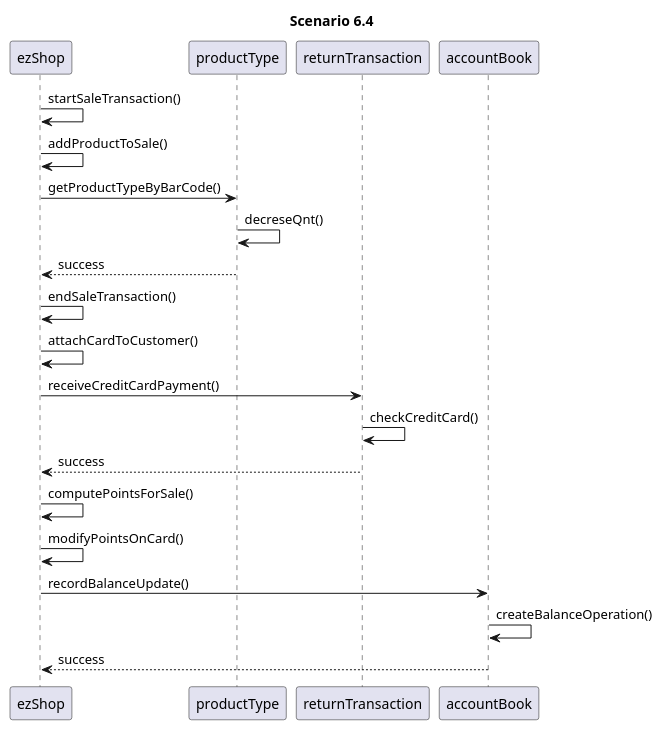
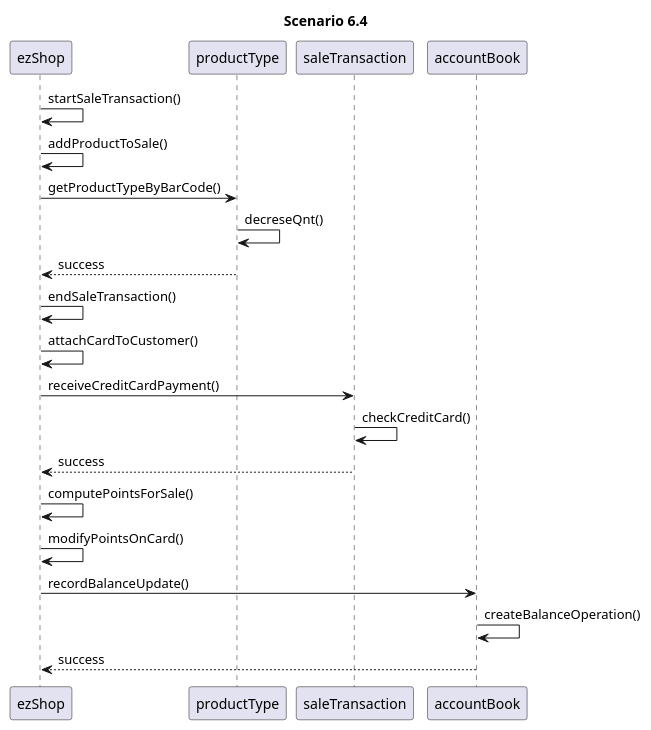
The seventh of 8 diagrams in Deliverables/DesignDocument.md (marco-ballario/EzShop), drawn with PlantUML before and after one commit.

Commit message:
fix: scenario 6.4

````diff
--- a/Deliverables/DesignDocument.md
+++ b/Deliverables/DesignDocument.md
@@ -306,18 +306,18 @@
 ```plantuml
 title Scenario 6.4
 ezShop -> ezShop : startSaleTransaction()
 ezShop -> ezShop : addProductToSale()
 ezShop -> productType : getProductTypeByBarCode()
 productType -> productType : decreseQnt()
 productType --> ezShop : success
 ezShop -> ezShop : endSaleTransaction()
 ezShop -> ezShop : attachCardToCustomer()
-ezShop -> returnTransaction : receiveCreditCardPayment()
-returnTransaction -> returnTransaction : checkCreditCard()
-returnTransaction --> ezShop : success
+ezShop -> saleTransaction : receiveCreditCardPayment()
+saleTransaction -> saleTransaction : checkCreditCard()
+saleTransaction --> ezShop : success
 ezShop -> ezShop : computePointsForSale()
 ezShop -> ezShop : modifyPointsOnCard()
 ezShop -> accountBook : recordBalanceUpdate()
 accountBook -> accountBook : createBalanceOperation()
 accountBook --> ezShop : success
 ```
````
